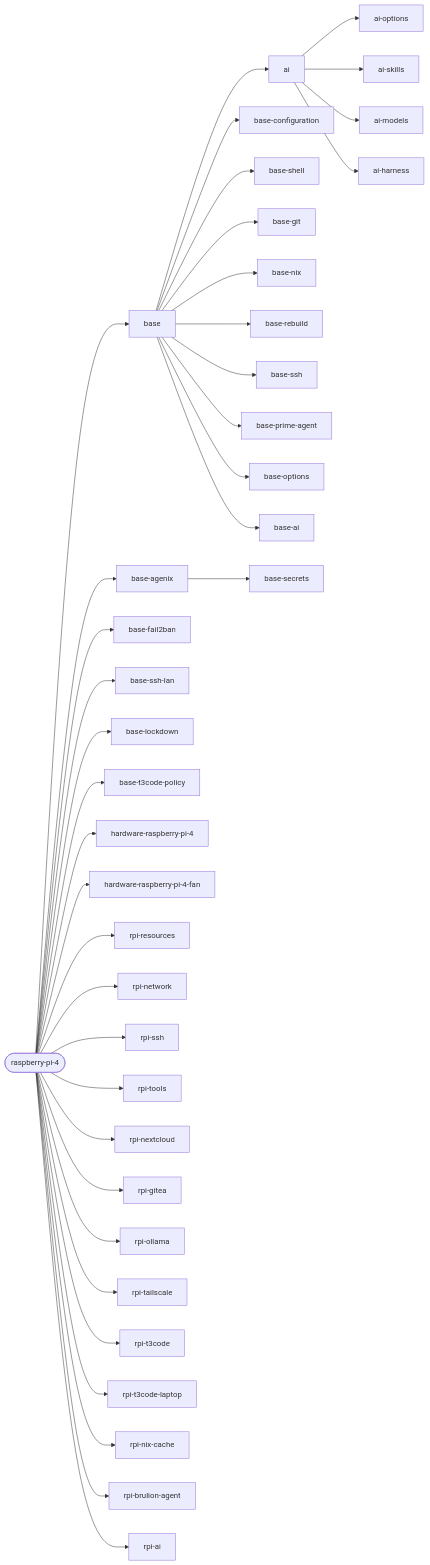
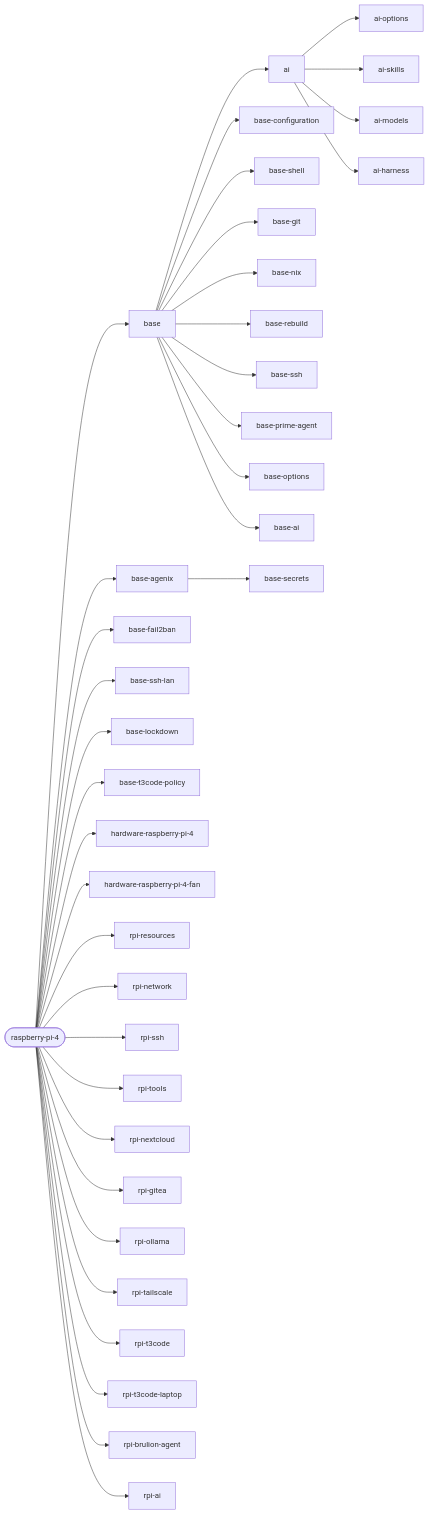
The second of 3 diagrams in docs/reference/hosts.md (janusz-bit/nixos), drawn with Mermaid before and after one commit. The commit also changed other lines of this file and 19 other files, not shown here.

First line of the commit message:
rpi: remove the tailnet nix binary cache

````diff
--- a/docs/reference/hosts.md
+++ b/docs/reference/hosts.md
@@ -140,40 +138,39 @@
 ```mermaid
 flowchart LR
   host_raspberry_pi_4([raspberry-pi-4])
   host_raspberry_pi_4 --> base[base]
   host_raspberry_pi_4 --> base_agenix[base-agenix]
   host_raspberry_pi_4 --> base_fail2ban[base-fail2ban]
   host_raspberry_pi_4 --> base_ssh_lan[base-ssh-lan]
   host_raspberry_pi_4 --> base_lockdown[base-lockdown]
   host_raspberry_pi_4 --> base_t3code_policy[base-t3code-policy]
   host_raspberry_pi_4 --> hardware_raspberry_pi_4[hardware-raspberry-pi-4]
   host_raspberry_pi_4 --> hardware_raspberry_pi_4_fan[hardware-raspberry-pi-4-fan]
   host_raspberry_pi_4 --> rpi_resources[rpi-resources]
   host_raspberry_pi_4 --> rpi_network[rpi-network]
   host_raspberry_pi_4 --> rpi_ssh[rpi-ssh]
   host_raspberry_pi_4 --> rpi_tools[rpi-tools]
   host_raspberry_pi_4 --> rpi_nextcloud[rpi-nextcloud]
   host_raspberry_pi_4 --> rpi_gitea[rpi-gitea]
   host_raspberry_pi_4 --> rpi_ollama[rpi-ollama]
   host_raspberry_pi_4 --> rpi_tailscale[rpi-tailscale]
   host_raspberry_pi_4 --> rpi_t3code[rpi-t3code]
   host_raspberry_pi_4 --> rpi_t3code_laptop[rpi-t3code-laptop]
-  host_raspberry_pi_4 --> rpi_nix_cache[rpi-nix-cache]
   host_raspberry_pi_4 --> rpi_brulion_agent[rpi-brulion-agent]
   host_raspberry_pi_4 --> rpi_ai[rpi-ai]
   ai --> ai_options[ai-options]
   ai --> ai_skills[ai-skills]
   ai --> ai_models[ai-models]
   ai --> ai_harness[ai-harness]
   base --> base_configuration[base-configuration]
   base --> base_shell[base-shell]
   base --> base_git[base-git]
   base --> base_nix[base-nix]
   base --> base_rebuild[base-rebuild]
   base --> base_ssh[base-ssh]
   base --> base_prime_agent[base-prime-agent]
   base --> base_options[base-options]
   base --> ai[ai]
   base --> base_ai[base-ai]
   base_agenix --> base_secrets[base-secrets]
 ```
````
